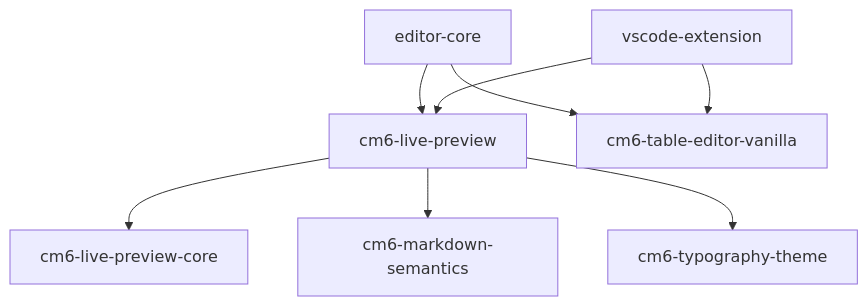
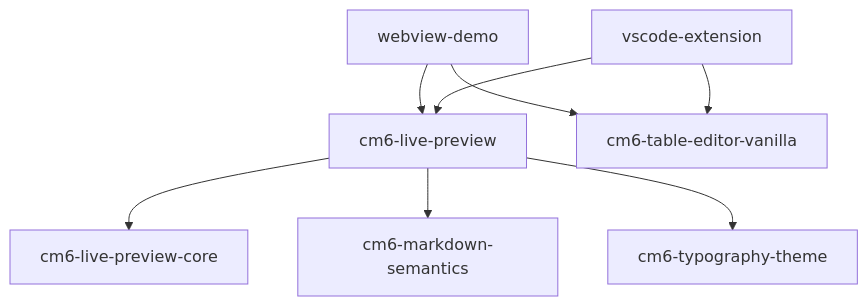
Before and after one commit to yuya296/MarkBloom: the diagram in docs/architecture/overview.md, drawn with Mermaid. The commit also changed other lines of this file and 26 other files, not shown here.

Commit message:
refactor: editor-core -> webview-demo にrename

````diff
--- a/docs/architecture/overview.md
+++ b/docs/architecture/overview.md
@@ -17,12 +17,12 @@
 ```mermaid
 graph TD
-  editor-core --> cm6-live-preview
-  editor-core --> cm6-table-editor-vanilla
+  webview-demo --> cm6-live-preview
+  webview-demo --> cm6-table-editor-vanilla
 
   vscode-extension --> cm6-live-preview
   vscode-extension --> cm6-table-editor-vanilla
 
   cm6-live-preview --> cm6-live-preview-core
   cm6-live-preview --> cm6-markdown-semantics
   cm6-live-preview --> cm6-typography-theme
 ```
````
